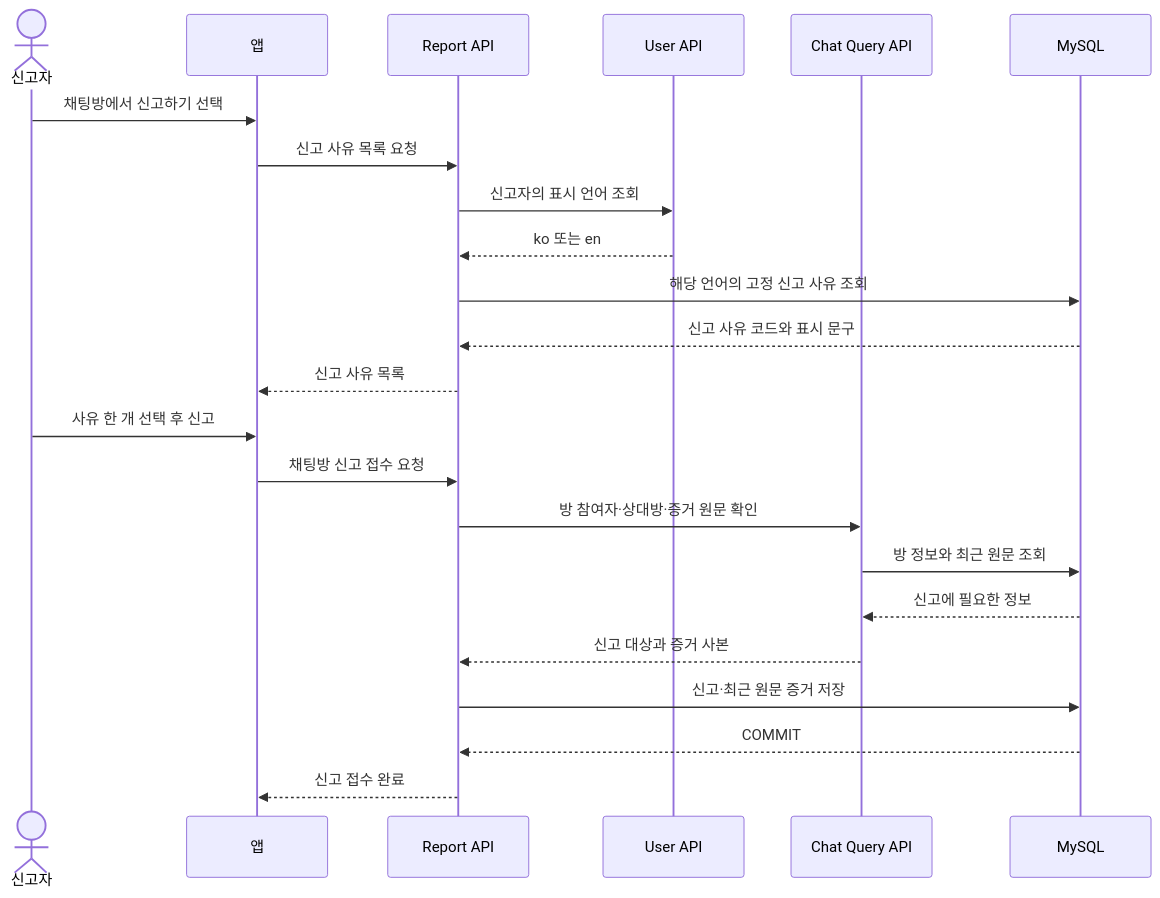
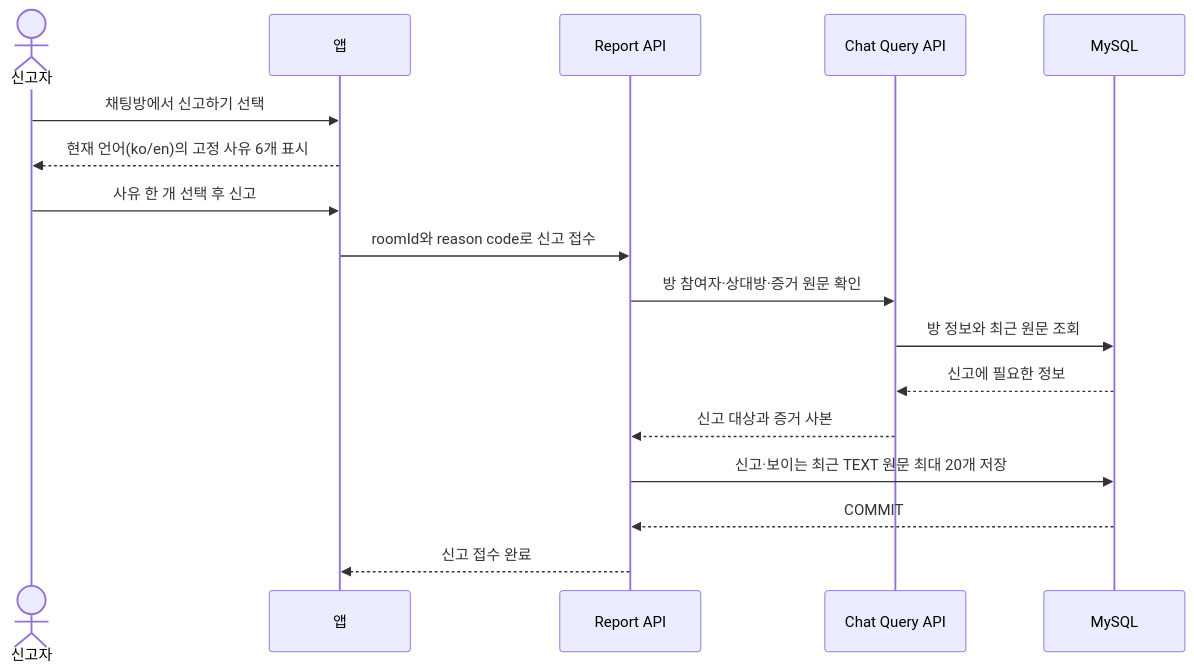
Diagram 16 of 16 in docs/architecture/chat/05-sequence-diagrams.md (jameskim9509/Kohere-backend), drawn with Mermaid before and after one commit. The commit also changed other lines of this file and 63 other files, not shown here.

````diff
--- a/docs/architecture/chat/05-sequence-diagrams.md
+++ b/docs/architecture/chat/05-sequence-diagrams.md
@@ -410,26 +410,20 @@
 ```mermaid
 sequenceDiagram
     actor U as 신고자
     participant APP as 앱
     participant REPORT as Report API
-    participant USER as User API
     participant CHAT as Chat Query API
     participant DB as MySQL
 
     U->>APP: 채팅방에서 신고하기 선택
-    APP->>REPORT: 신고 사유 목록 요청
-    REPORT->>USER: 신고자의 표시 언어 조회
-    USER-->>REPORT: ko 또는 en
-    REPORT->>DB: 해당 언어의 고정 신고 사유 조회
-    DB-->>REPORT: 신고 사유 코드와 표시 문구
-    REPORT-->>APP: 신고 사유 목록
+    APP-->>U: 현재 언어(ko/en)의 고정 사유 6개 표시
     U->>APP: 사유 한 개 선택 후 신고
-    APP->>REPORT: 채팅방 신고 접수 요청
+    APP->>REPORT: roomId와 reason code로 신고 접수
     REPORT->>CHAT: 방 참여자·상대방·증거 원문 확인
     CHAT->>DB: 방 정보와 최근 원문 조회
     DB-->>CHAT: 신고에 필요한 정보
     CHAT-->>REPORT: 신고 대상과 증거 사본
-    REPORT->>DB: 신고·최근 원문 증거 저장
+    REPORT->>DB: 신고·보이는 최근 TEXT 원문 최대 20개 저장
     DB-->>REPORT: COMMIT
     REPORT-->>APP: 신고 접수 완료
 ```
````
